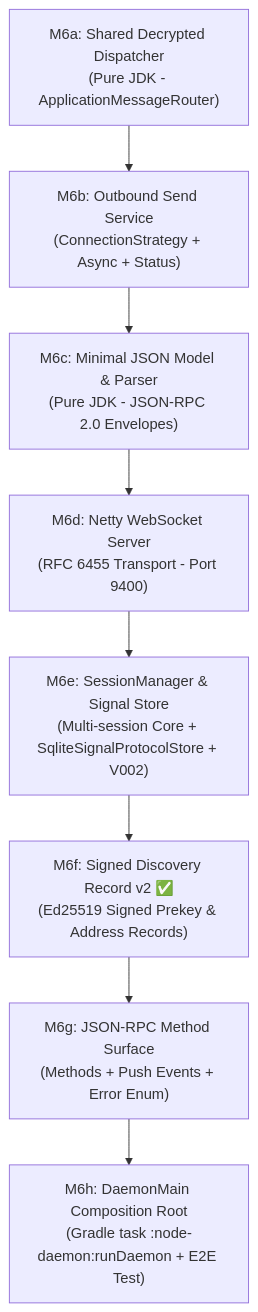
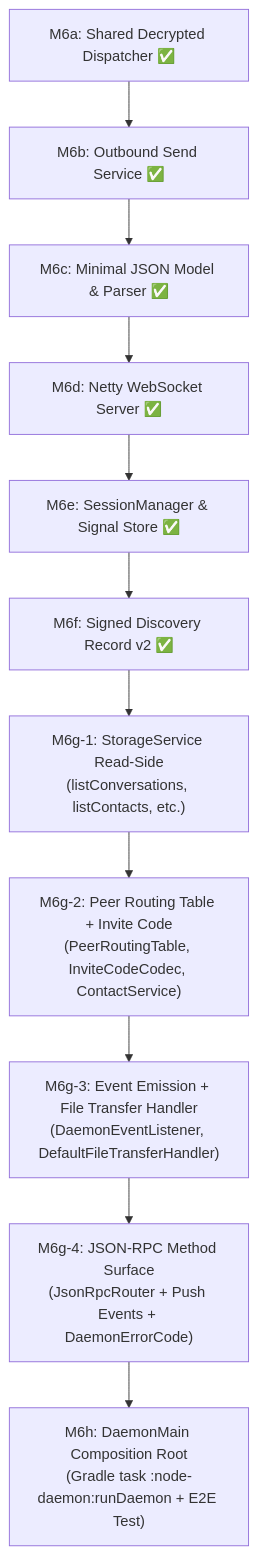
The diagram in docs/M6-roadmap-and-decisions.md (UNIXUECODER/p2p-chat), drawn with Mermaid before and after one commit. The commit also changed other lines of this file and 8 other files, not shown here.

Commit message:
feat(storage): Implement M6g-1 - StorageService read queries & fix HLC clock drift guard in SessionManager

````diff
--- a/docs/M6-roadmap-and-decisions.md
+++ b/docs/M6-roadmap-and-decisions.md
@@ -81,11 +81,14 @@
 ```mermaid
 flowchart TD
-    M6a["M6a: Shared Decrypted Dispatcher<br/>(Pure JDK - ApplicationMessageRouter)"] --> M6b
-    M6b["M6b: Outbound Send Service<br/>(ConnectionStrategy + Async + Status)"] --> M6c
-    M6c["M6c: Minimal JSON Model & Parser<br/>(Pure JDK - JSON-RPC 2.0 Envelopes)"] --> M6d
-    M6d["M6d: Netty WebSocket Server<br/>(RFC 6455 Transport - Port 9400)"] --> M6e
-    M6e["M6e: SessionManager & Signal Store<br/>(Multi-session Core + SqliteSignalProtocolStore + V002)"] --> M6f
-    M6f["M6f: Signed Discovery Record v2 ✅<br/>(Ed25519 Signed Prekey & Address Records)"] --> M6g
-    M6g["M6g: JSON-RPC Method Surface<br/>(Methods + Push Events + Error Enum)"] --> M6h
+    M6a["M6a: Shared Decrypted Dispatcher ✅"] --> M6b
+    M6b["M6b: Outbound Send Service ✅"] --> M6c
+    M6c["M6c: Minimal JSON Model & Parser ✅"] --> M6d
+    M6d["M6d: Netty WebSocket Server ✅"] --> M6e
+    M6e["M6e: SessionManager & Signal Store ✅"] --> M6f
+    M6f["M6f: Signed Discovery Record v2 ✅"] --> M6g1
+    M6g1["M6g-1: StorageService Read-Side<br/>(listConversations, listContacts, etc.)"] --> M6g2
+    M6g2["M6g-2: Peer Routing Table + Invite Code<br/>(PeerRoutingTable, InviteCodeCodec, ContactService)"] --> M6g3
+    M6g3["M6g-3: Event Emission + File Transfer Handler<br/>(DaemonEventListener, DefaultFileTransferHandler)"] --> M6g4
+    M6g4["M6g-4: JSON-RPC Method Surface<br/>(JsonRpcRouter + Push Events + DaemonErrorCode)"] --> M6h
     M6h["M6h: DaemonMain Composition Root<br/>(Gradle task :node-daemon:runDaemon + E2E Test)"]
 ```
````
